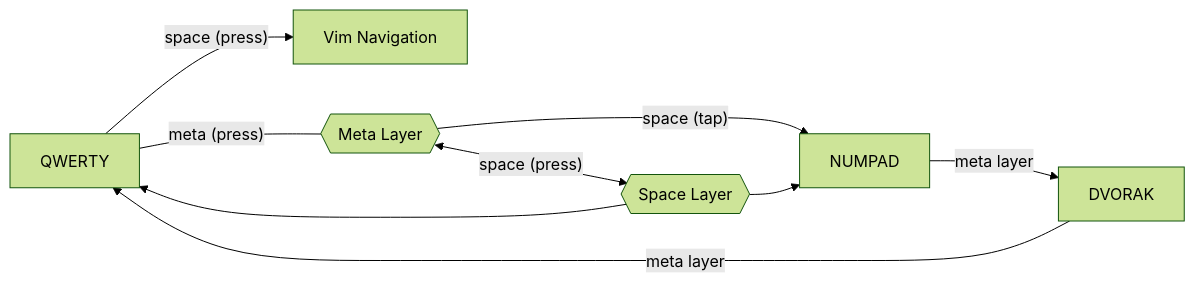
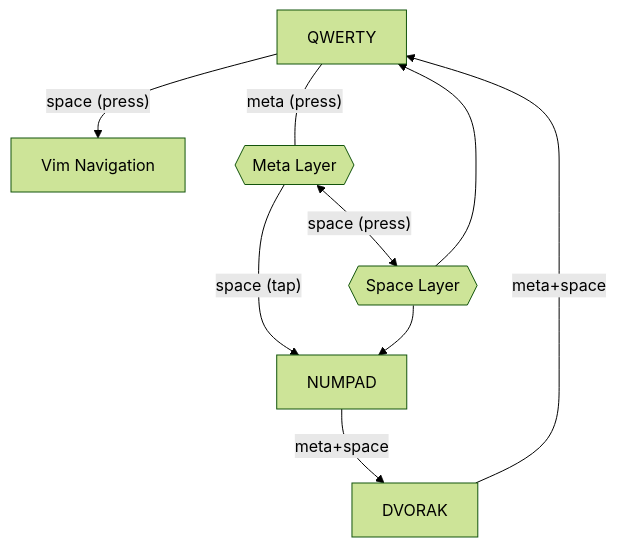
Before and after one commit to MidHunterX/Hunter-OS: the diagram in .config/keyd/README.md, drawn with Mermaid (forest theme). The commit also changed other lines of this file, not shown here.

````diff
--- a/.config/keyd/README.md
+++ b/.config/keyd/README.md
@@ -88,16 +121,16 @@
 ```mermaid
-graph LR
+graph
 qw[QWERTY]
 qwspace[Vim Navigation]
 qwmeta{{Meta Layer}}
 qwmetaspace{{Space Layer}}
 nm[NUMPAD]
 dv[DVORAK]
 
 qw --space (press)--> qwspace
 qw --meta (press)--- qwmeta --space (tap)--> nm
 qwmeta <--space (press)--> qwmetaspace --> nm
 qwmetaspace --> qw
-nm --meta layer--> dv
-dv --meta layer--> qw
+nm --meta+space--> dv
+dv --meta+space--> qw
 ```
````
